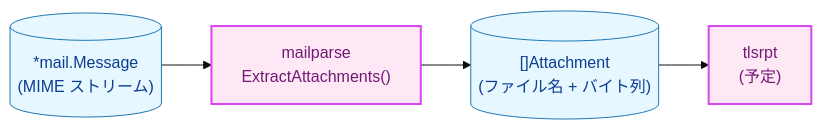
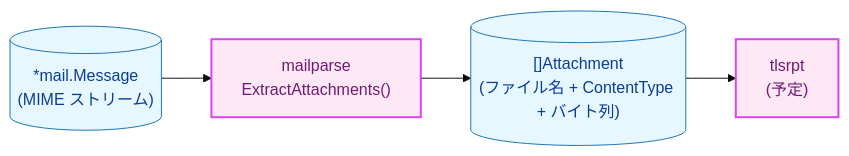
One commit to isseis/tlsrpt-digest changed the first of 8 diagrams in docs/tasks/0011_mailparse/02_architecture.md. Above: the diagram before and after it, drawn with Mermaid (base theme). The commit also changed other lines of this file and 4 other files, not shown here.

First line of the commit message:
feat(mailparse): add ContentType field to Attachment

````diff
--- a/docs/tasks/0011_mailparse/02_architecture.md
+++ b/docs/tasks/0011_mailparse/02_architecture.md
@@ -27,19 +27,19 @@
 ```mermaid
 flowchart LR
     classDef data fill:#e6f7ff,stroke:#1f77b4,stroke-width:1px,color:#0b3d91;
     classDef process fill:#fff1e6,stroke:#ff7f0e,stroke-width:1px,color:#8a3e00;
     classDef newpkg fill:#ffe8f5,stroke:#d946ef,stroke-width:2px,color:#701a75;
 
     msg[("*mail.Message<br>(MIME ストリーム)")]
     parser["mailparse<br>ExtractAttachments()"]
-    attachments[("[]Attachment<br>(ファイル名 + バイト列)")]
+    attachments[("[]Attachment<br>(ファイル名 + ContentType + バイト列)")]
     tlsrpt["tlsrpt<br>(予定)"]
 
     msg --> parser
     parser --> attachments
     attachments --> tlsrpt
 
     class msg,attachments data
     class tlsrpt newpkg
     class parser newpkg
 ```
````
